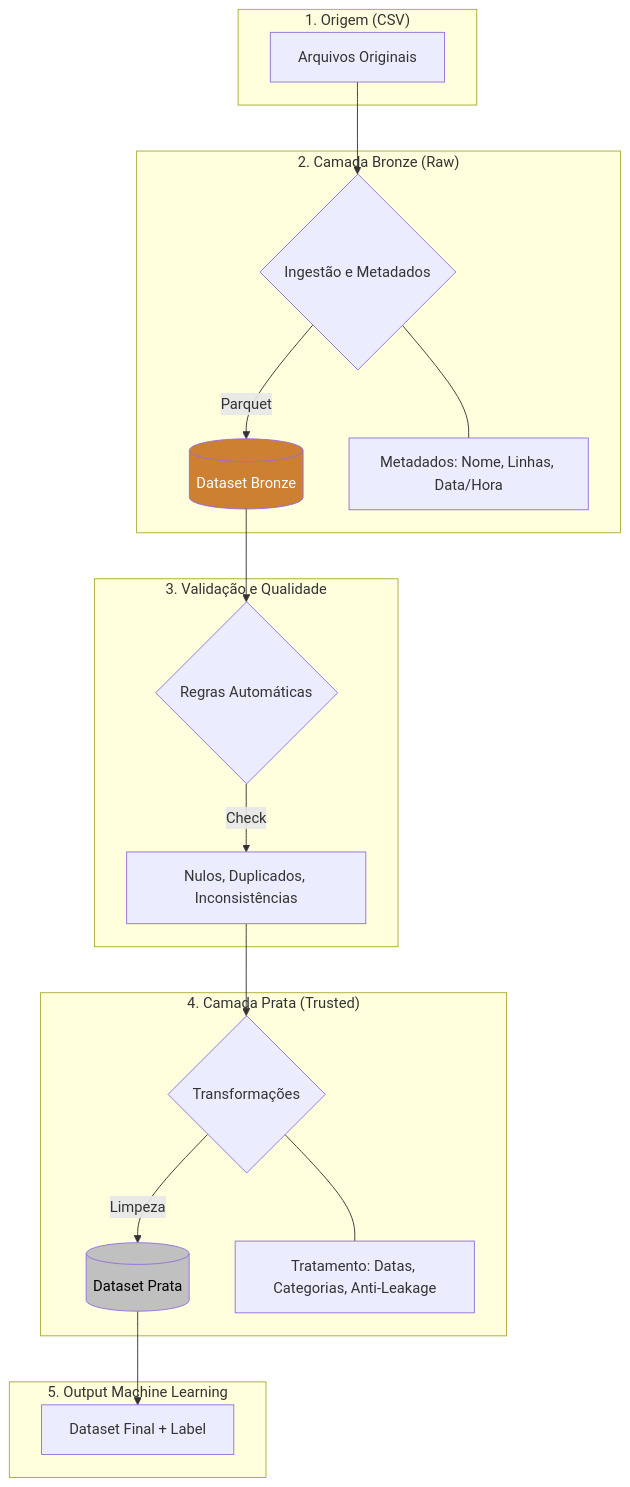
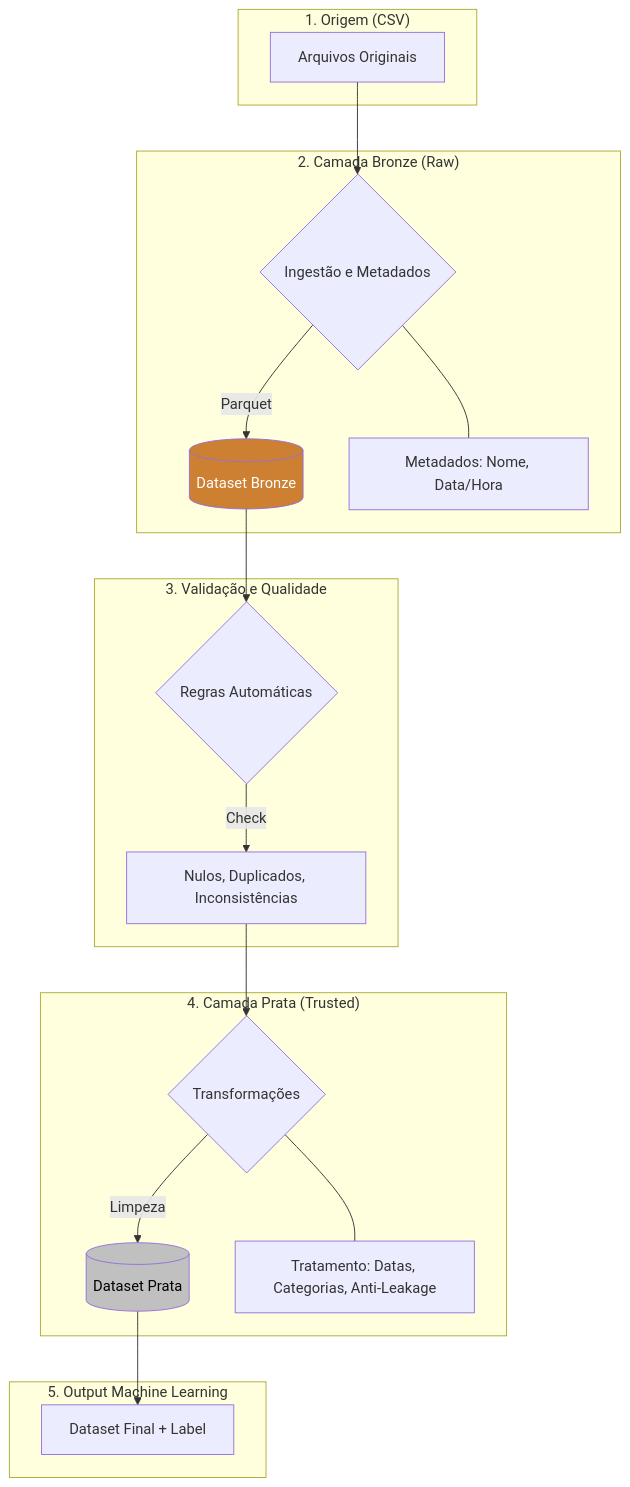
Before and after one commit to CoelhoGoes/pipeline-cybersecurity-breach-impact-dataset: the diagram in README.md, drawn with Mermaid.

Commit message:
atualizacao do README.md

`````diff
--- a/README.md
+++ b/README.md
@@ -17,30 +17,30 @@
 ````mermaid
 graph TD
     subgraph "1. Origem (CSV)"
         A[Arquivos Originais]
     end
 
     subgraph "2. Camada Bronze (Raw)"
         A --> B{Ingestão e Metadados}
         B -->|Parquet| C[(Dataset Bronze)]
-        B --- D[Metadados: Nome, Linhas, Data/Hora]
+        B --- D[Metadados: Nome, Data/Hora]
     end
 
     subgraph "3. Validação e Qualidade"
         C --> E{Regras Automáticas}
         E -->|Check| F[Nulos, Duplicados, Inconsistências]
     end
 
     subgraph "4. Camada Prata (Trusted)"
         F --> G{Transformações}
         G -->|Limpeza| H[(Dataset Prata)]
         G --- I[Tratamento: Datas, Categorias, Anti-Leakage]
     end
 
     subgraph "5. Output Machine Learning"
         H --> J[Dataset Final + Label]
     end
 
     style C fill:#cd7f32,color:#fff
     style H fill:#c0c0c0,color:#000
 ````
`````
